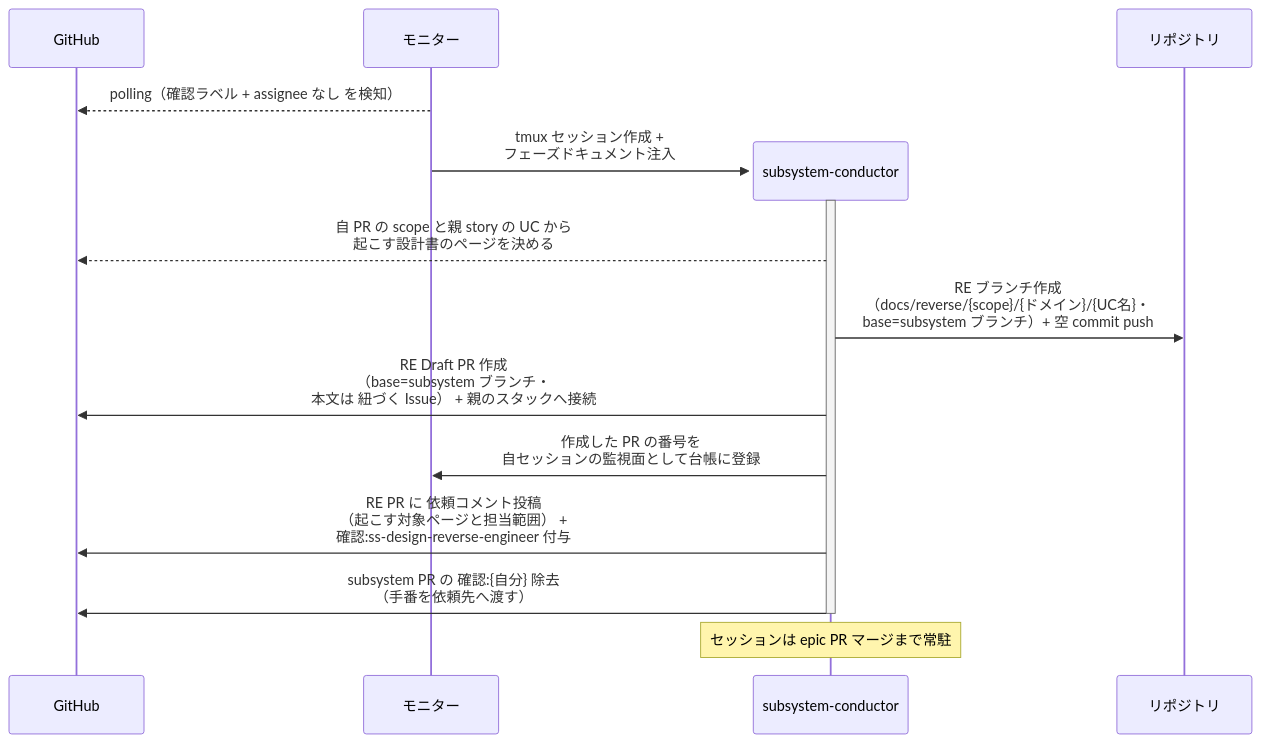
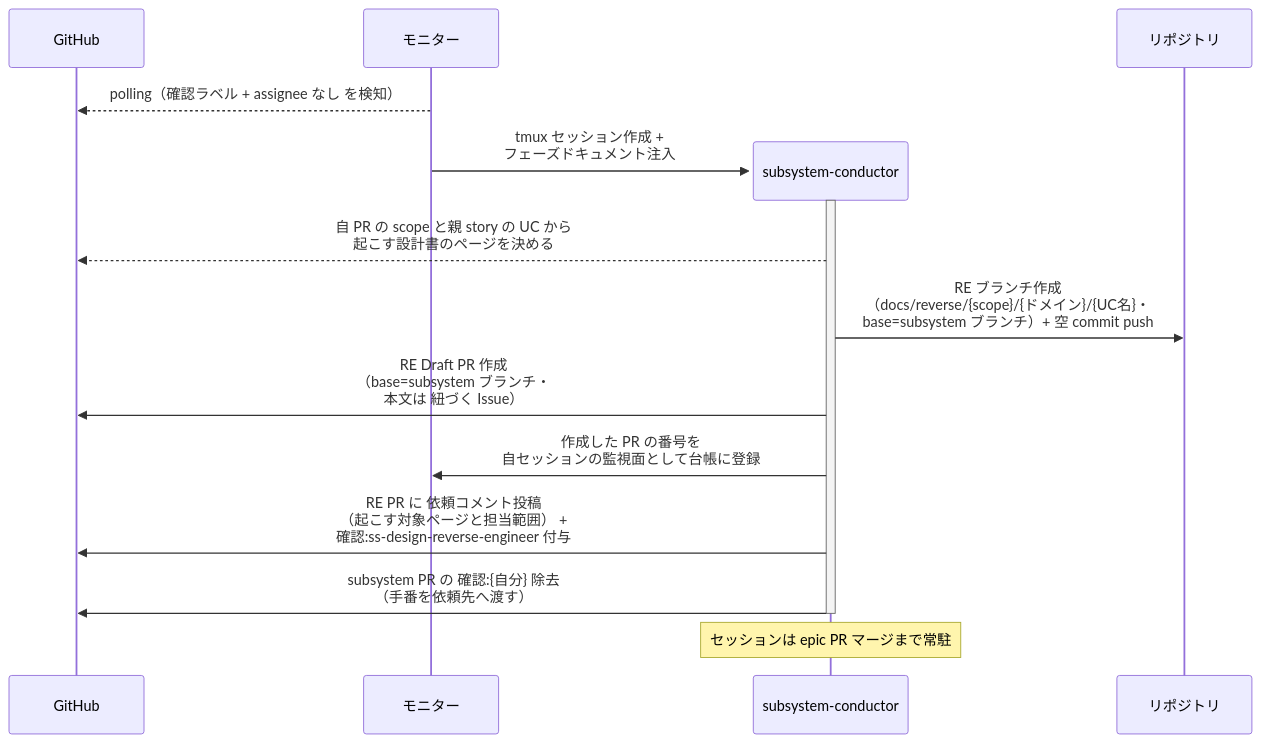
One commit to shuhei1101/ai-monitor changed the first of 3 diagrams in docs/wiki/設計図/シナリオ/単一ユースケース/リバースエンジニアリング起動.md. Above: the diagram before and after it, drawn with Mermaid. The commit also changed other lines of this file and 108 other files, not shown here.

````diff
--- a/docs/wiki/設計図/シナリオ/単一ユースケース/リバースエンジニアリング起動.md
+++ b/docs/wiki/設計図/シナリオ/単一ユースケース/リバースエンジニアリング起動.md
@@ -36,19 +36,19 @@
 ```mermaid
 sequenceDiagram
   participant GH as GitHub
   participant ORC as モニター
 
   ORC-->>GH: polling（確認ラベル + assignee なし を検知）
   create participant MON as subsystem-conductor
   ORC->>MON: tmux セッション作成 +<br>フェーズドキュメント注入
   activate MON
   participant REPO as リポジトリ
   MON-->>GH: 自 PR の scope と親 story の UC から<br>起こす設計書のページを決める
   MON->>REPO: RE ブランチ作成<br>（docs/reverse/{scope}/{ドメイン}/{UC名}・<br>base=subsystem ブランチ）+ 空 commit push
-  MON->>GH: RE Draft PR 作成<br>（base=subsystem ブランチ・<br>本文は 紐づく Issue） + 親のスタックへ接続
+  MON->>GH: RE Draft PR 作成<br>（base=subsystem ブランチ・<br>本文は 紐づく Issue）
   MON->>ORC: 作成した PR の番号を<br>自セッションの監視面として台帳に登録
   MON->>GH: RE PR に 依頼コメント投稿<br>（起こす対象ページと担当範囲） +<br>確認:ss-design-reverse-engineer 付与
   MON->>GH: subsystem PR の 確認:{自分} 除去<br>（手番を依頼先へ渡す）
   deactivate MON
   Note over MON: セッションは epic PR マージまで常駐
 ```
````
